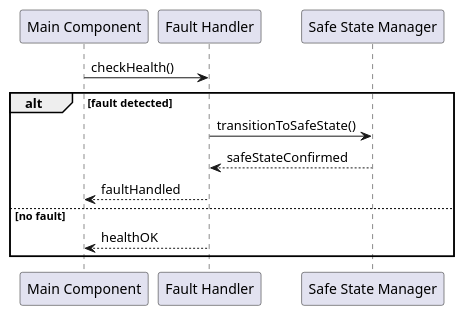
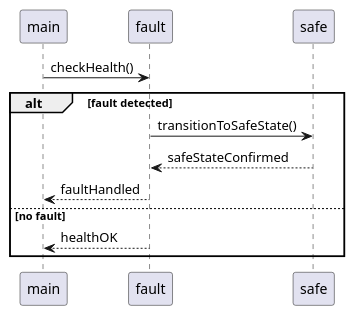
Before and after one commit to eclipse-score/tooling: the second of 2 diagrams in bazel/rules/rules_score/test/fixtures/seooc_test/dynamic_architecture.rst, drawn with PlantUML. The commit also changed other lines of this file and 375 other files, not shown here.

First line of the commit message:
[plantuml tooling] use name instead of alias for uid generation

```diff
--- a/bazel/rules/rules_score/test/fixtures/seooc_test/dynamic_architecture.rst
+++ b/bazel/rules/rules_score/test/fixtures/seooc_test/dynamic_architecture.rst
@@ -51,16 +51,16 @@
    .. uml::
 
       @startuml
-      participant "Main Component" as main
-      participant "Fault Handler" as fault
-      participant "Safe State Manager" as safe
+      participant main
+      participant fault
+      participant safe
 
       main -> fault : checkHealth()
       alt fault detected
          fault -> safe : transitionToSafeState()
          safe --> fault : safeStateConfirmed
          fault --> main : faultHandled
       else no fault
          fault --> main : healthOK
       end
       @enduml
```
